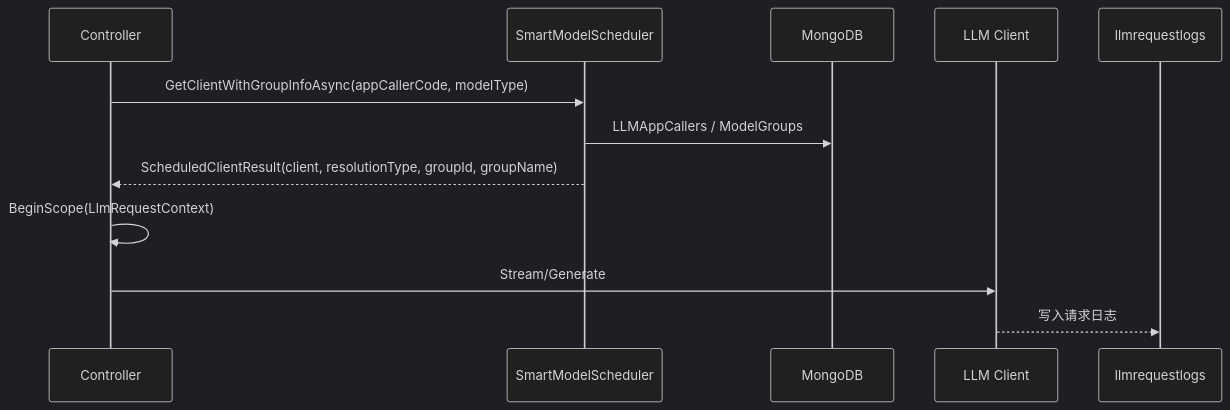
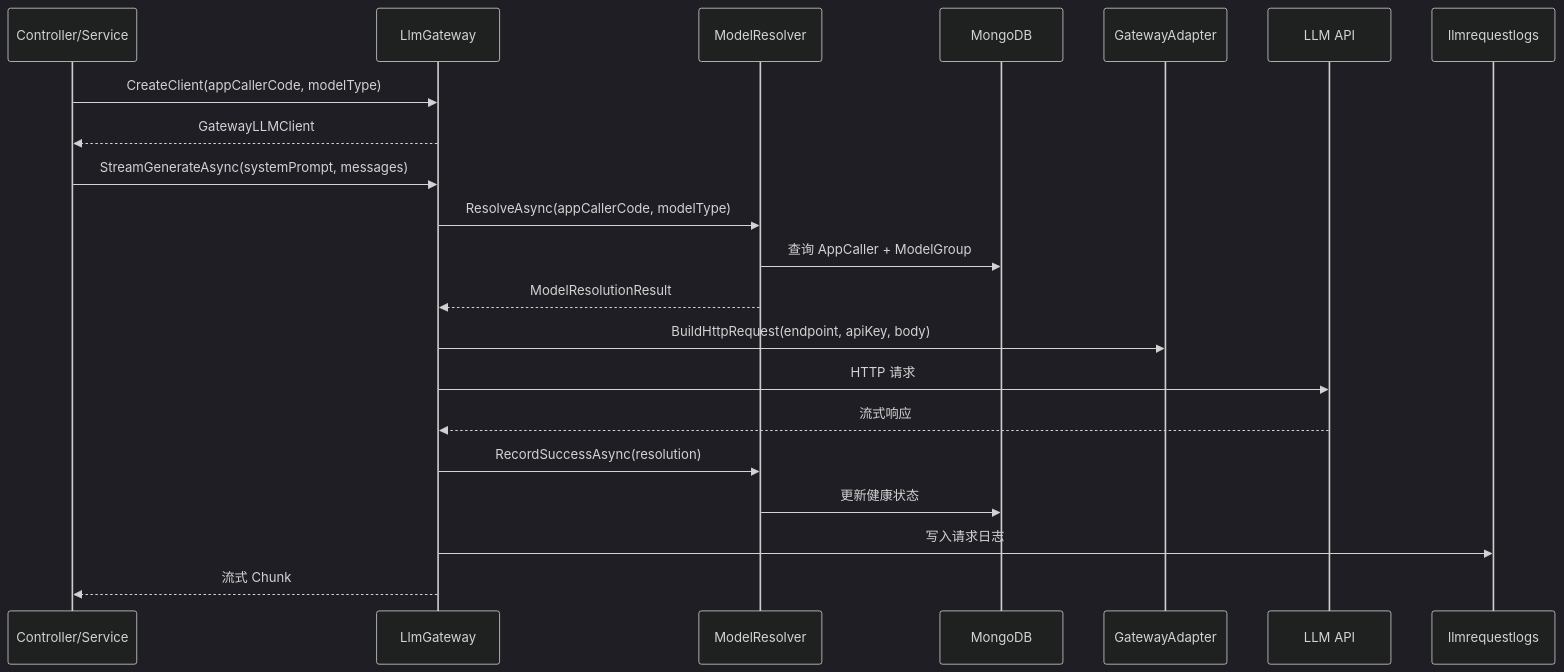
One commit to inernoro/prd_agent changed the second of 3 diagrams in doc/design.model-pool.md. Above: the diagram before and after it, drawn with Mermaid (dark theme). The commit also changed other lines of this file and 27 other files, not shown here.

First line of the commit message:
refactor: Remove SmartModelScheduler and consolidate to ILlmGateway

````diff
--- a/doc/design.model-pool.md
+++ b/doc/design.model-pool.md
@@ -98,15 +147,27 @@
 ```mermaid
 sequenceDiagram
-    participant C as Controller
-    participant S as SmartModelScheduler
+    participant C as Controller/Service
+    participant G as LlmGateway
+    participant R as ModelResolver
     participant DB as MongoDB
-    participant L as LLM Client
+    participant A as GatewayAdapter
+    participant L as LLM API
     participant LOG as llmrequestlogs
 
-    C->>S: GetClientWithGroupInfoAsync(appCallerCode, modelType)
-    S->>DB: LLMAppCallers / ModelGroups
-    S-->>C: ScheduledClientResult(client, resolutionType, groupId, groupName)
-    C->>C: BeginScope(LlmRequestContext)
-    C->>L: Stream/Generate
-    L-->>LOG: 写入请求日志
+    C->>G: CreateClient(appCallerCode, modelType)
+    G-->>C: GatewayLLMClient
+
+    C->>G: StreamGenerateAsync(systemPrompt, messages)
+    G->>R: ResolveAsync(appCallerCode, modelType)
+    R->>DB: 查询 AppCaller + ModelGroup
+    R-->>G: ModelResolutionResult
+
+    G->>A: BuildHttpRequest(endpoint, apiKey, body)
+    G->>L: HTTP 请求
+    L-->>G: 流式响应
+
+    G->>R: RecordSuccessAsync(resolution)
+    R->>DB: 更新健康状态
+    G->>LOG: 写入请求日志
+    G-->>C: 流式 Chunk
 ```
````
